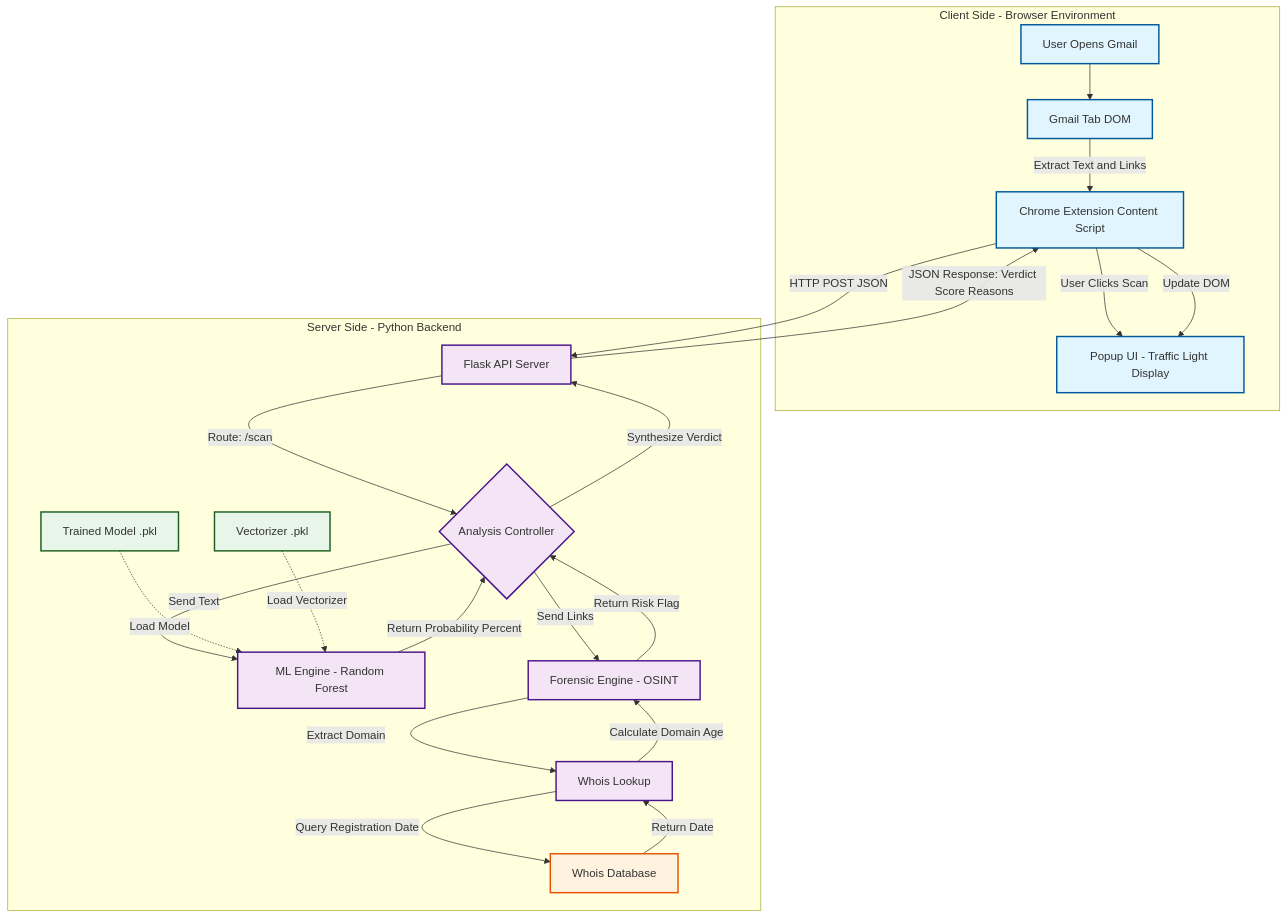
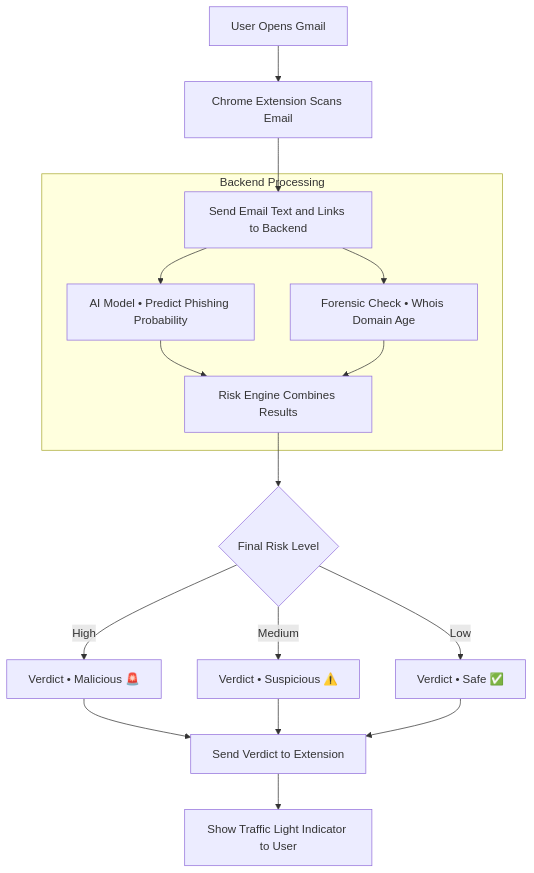
The first of 3 diagrams in README.md (K921-cyber/cybersecurity-basics), drawn with Mermaid before and after one commit.

````diff
--- a/README.md
+++ b/README.md
@@ -1,62 +1,31 @@
 ```mermaid
 flowchart TD
 
-%% =========================
-%% STYLES
-%% =========================
-classDef client fill:#e1f5fe,stroke:#01579b,stroke-width:2px;
-classDef server fill:#f3e5f5,stroke:#4a148c,stroke-width:2px;
-classDef external fill:#fff3e0,stroke:#e65100,stroke-width:2px;
-classDef data fill:#e8f5e9,stroke:#1b5e20,stroke-width:2px;
+%% ---- CLIENT ----
+A[User Opens Gmail] --> B[Chrome Extension Scans Email]
+B --> C[Send Email Text and Links to Backend]
 
-%% =========================
-%% CLIENT SIDE
-%% =========================
-subgraph Client_Side_Browser_Environment["Client Side - Browser Environment"]
-    A[User Opens Gmail] --> B[Gmail Tab DOM]
-    B -->|Extract Text and Links| C[Chrome Extension Content Script]
-    C -->|User Clicks Scan| D[Popup UI - Traffic Light Display]
+%% ---- BACKEND ----
+subgraph Backend["Backend Processing"]
+    C --> D[AI Model • Predict Phishing Probability]
+    C --> E[Forensic Check • Whois Domain Age]
+
+    D --> F[Risk Engine Combines Results]
+    E --> F
 end
 
-C -->|HTTP POST JSON| E[Flask API Server]
+%% ---- DECISION ----
+F --> G{Final Risk Level}
 
-%% =========================
-%% SERVER SIDE
-%% =========================
-subgraph Server_Side_Python_Backend["Server Side - Python Backend"]
-    
-    E -->|Route: /scan| F{Analysis Controller}
-    
-    %% ML PIPELINE
-    F -->|Send Text| G[ML Engine - Random Forest]
-    H[Trained Model .pkl] -.->|Load Model| G
-    I[Vectorizer .pkl] -.->|Load Vectorizer| G
-    G -->|Return Probability Percent| F
+G -- High --> H[Verdict • Malicious 🚨]
+G -- Medium --> I[Verdict • Suspicious ⚠️]
+G -- Low --> J[Verdict • Safe ✅]
 
-    %% FORENSIC ENGINE
-    F -->|Send Links| J[Forensic Engine - OSINT]
-    J -->|Extract Domain| K[Whois Lookup]
+%% ---- RETURN RESULT ----
+H --> K[Send Verdict to Extension]
+I --> K
+J --> K
 
-    K -->|Query Registration Date| L[Whois Database]
-    L -->|Return Date| K
-    K -->|Calculate Domain Age| J
-
-    J -->|Return Risk Flag| F
-end
-
-%% =========================
-%% RESPONSE
-%% =========================
-F -->|Synthesize Verdict| E
-E -->|JSON Response: Verdict Score Reasons| C
-C -->|Update DOM| D
-
-%% =========================
-%% APPLY STYLES
-%% =========================
-class A,B,C,D client;
-class E,F,G,J,K server;
-class L external;
-class H,I data;
+K --> L[Show Traffic Light Indicator to User]
 
 ```
````
